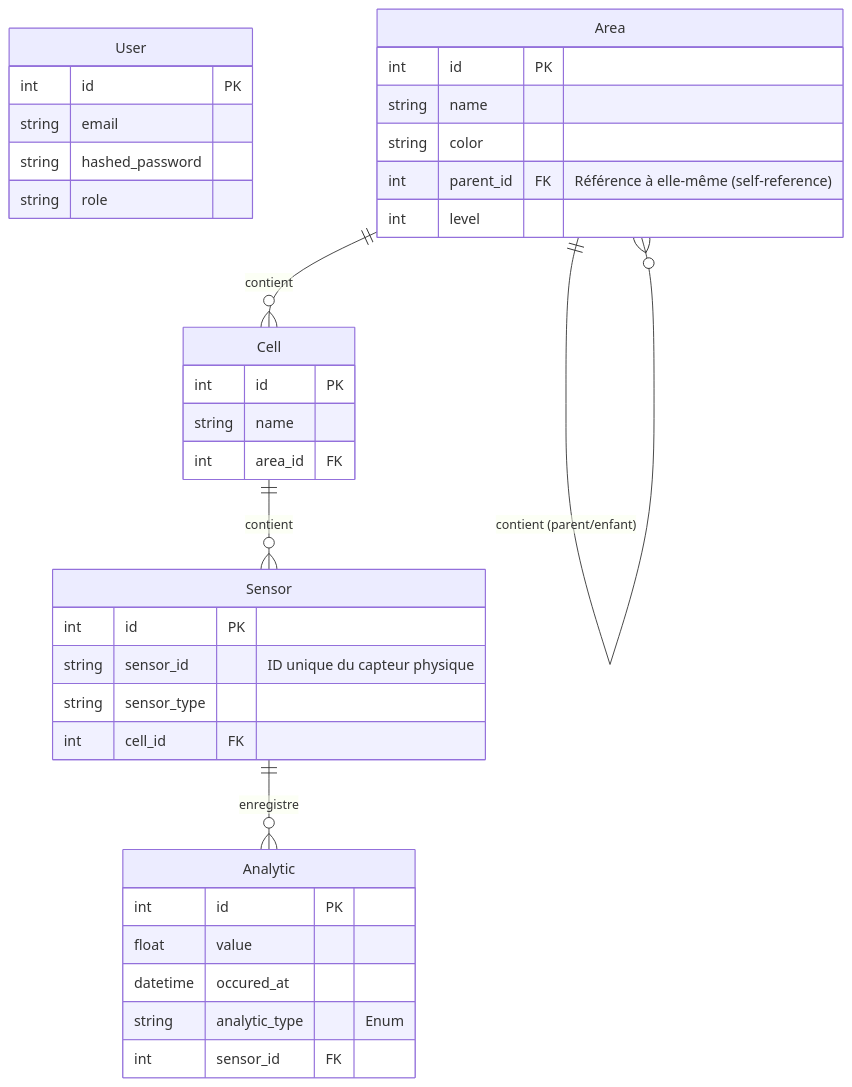
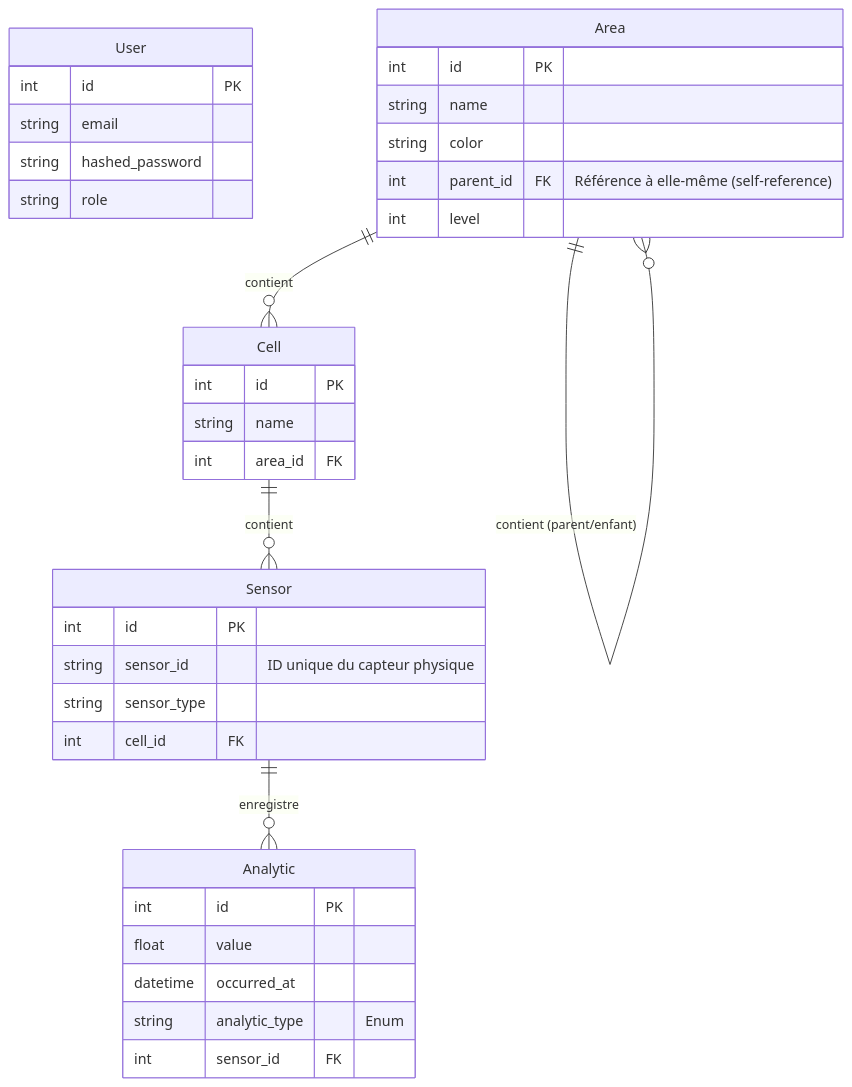
One commit to JardinConnect/GardenBack changed the diagram in README.md. Above: the diagram before and after it, drawn with Mermaid. The commit also changed 12 other files, not shown here.

````diff
--- a/README.md
+++ b/README.md
@@ -98,38 +98,38 @@
 ```mermaid
 erDiagram
     User {
         int id PK
         string email
         string hashed_password
         string role
     }
     Area {
         int id PK
         string name
         string color
         int parent_id FK "Référence à elle-même (self-reference)"
         int level
     }
     Cell {
         int id PK
         string name
         int area_id FK
     }
     Sensor {
         int id PK
         string sensor_id "ID unique du capteur physique"
         string sensor_type
         int cell_id FK
     }
     Analytic {
         int id PK
         float value
-        datetime occured_at
+        datetime occurred_at
         string analytic_type "Enum"
         int sensor_id FK
     }
     Area ||--o{ Area : "contient (parent/enfant)"
     Area ||--o{ Cell : "contient"
     Cell ||--o{ Sensor : "contient"
     Sensor ||--o{ Analytic : "enregistre"
 ```
````
